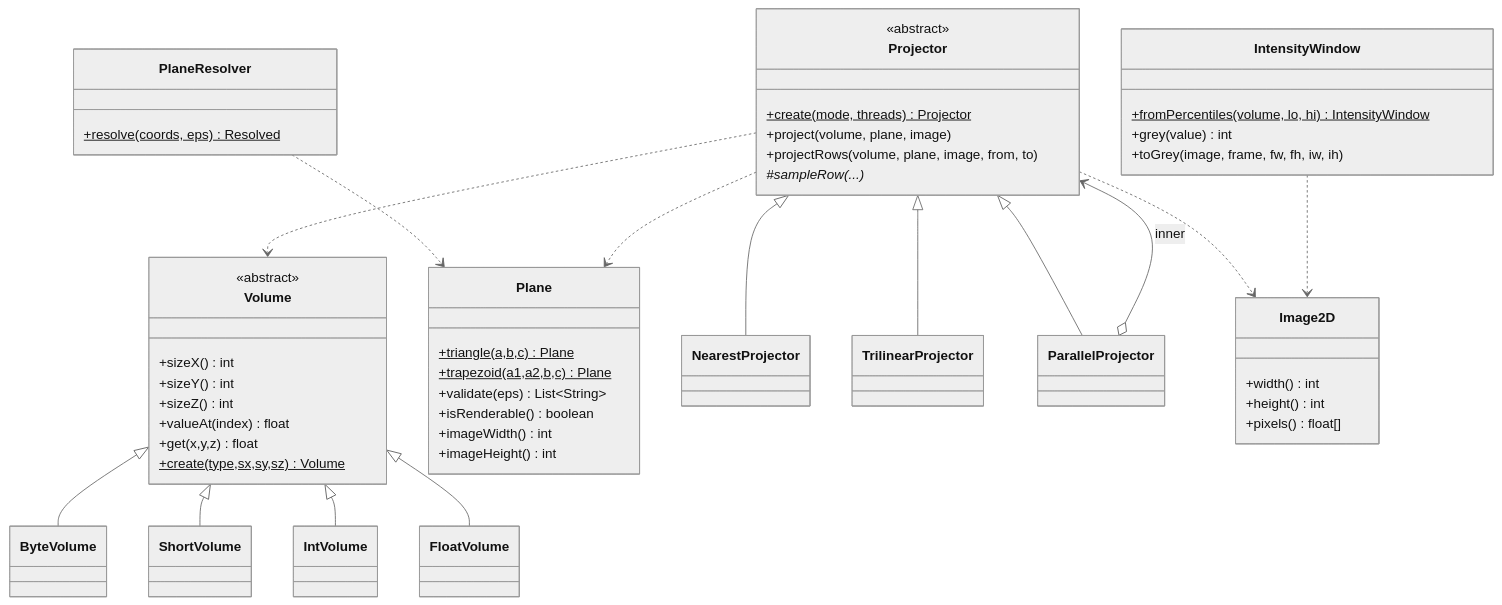
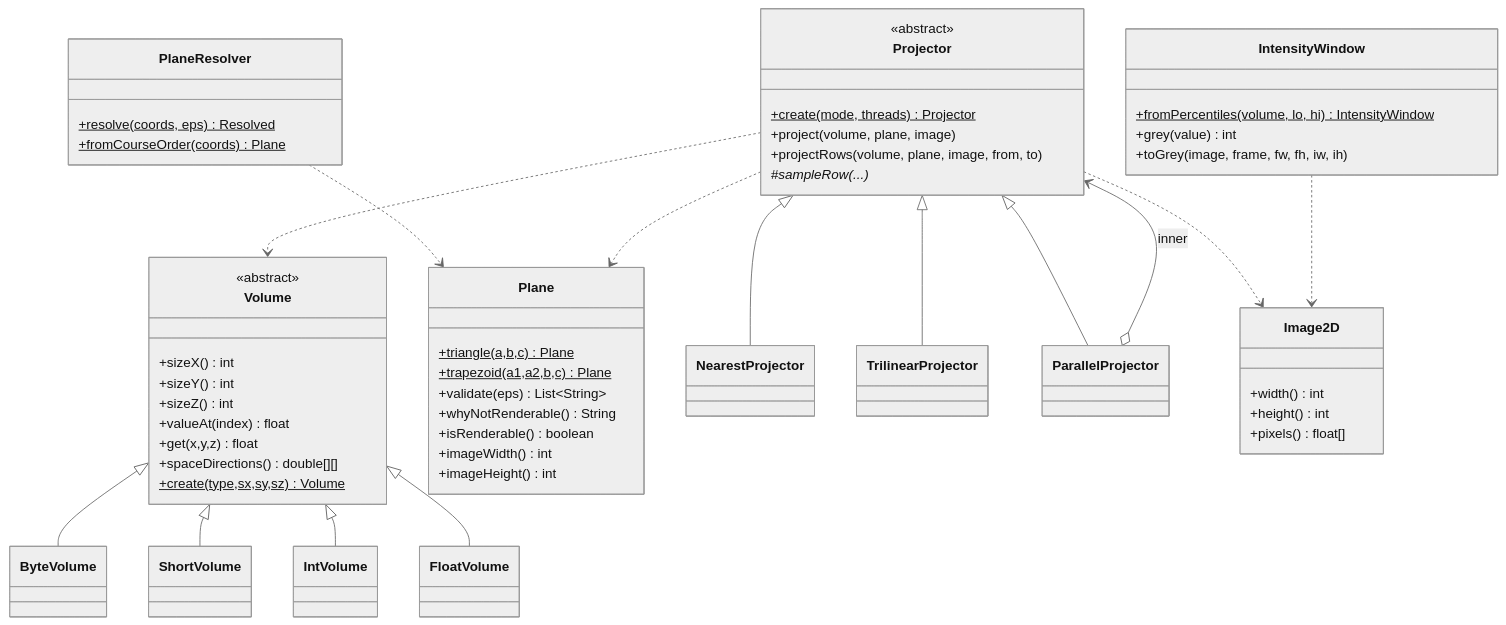
One commit to NoamTheGolem/Intro2SE_Ex1 changed the third of 6 diagrams in docs/SDD.md. Above: the diagram before and after it, drawn with Mermaid (neutral theme). The commit also changed other lines of this file and 24 other files, not shown here.

````diff
--- a/docs/SDD.md
+++ b/docs/SDD.md
@@ -106,56 +122,59 @@
 ```mermaid
 classDiagram
     class Volume {
       <<abstract>>
       +sizeX() int
       +sizeY() int
       +sizeZ() int
       +valueAt(index) float
       +get(x,y,z) float
+      +spaceDirections() double[][]
       +create(type,sx,sy,sz)$ Volume
     }
     Volume <|-- ByteVolume
     Volume <|-- ShortVolume
     Volume <|-- IntVolume
     Volume <|-- FloatVolume
 
     class Plane {
       +triangle(a,b,c)$ Plane
       +trapezoid(a1,a2,b,c)$ Plane
       +validate(eps) List~String~
+      +whyNotRenderable() String
       +isRenderable() boolean
       +imageWidth() int
       +imageHeight() int
     }
     class PlaneResolver {
       +resolve(coords, eps)$ Resolved
+      +fromCourseOrder(coords)$ Plane
     }
     PlaneResolver ..> Plane
 
     class Projector {
       <<abstract>>
       +create(mode, threads)$ Projector
       +project(volume, plane, image)
       +projectRows(volume, plane, image, from, to)
       #sampleRow(...)*
     }
     Projector <|-- NearestProjector
     Projector <|-- TrilinearProjector
     Projector <|-- ParallelProjector
     ParallelProjector o--> Projector : inner
 
     class Image2D {
       +width() int
       +height() int
       +pixels() float[]
     }
     class IntensityWindow {
       +fromPercentiles(volume, lo, hi)$ IntensityWindow
       +grey(value) int
       +toGrey(image, frame, fw, fh, iw, ih)
     }
     Projector ..> Volume
     Projector ..> Plane
     Projector ..> Image2D
     IntensityWindow ..> Image2D
 ```
````
